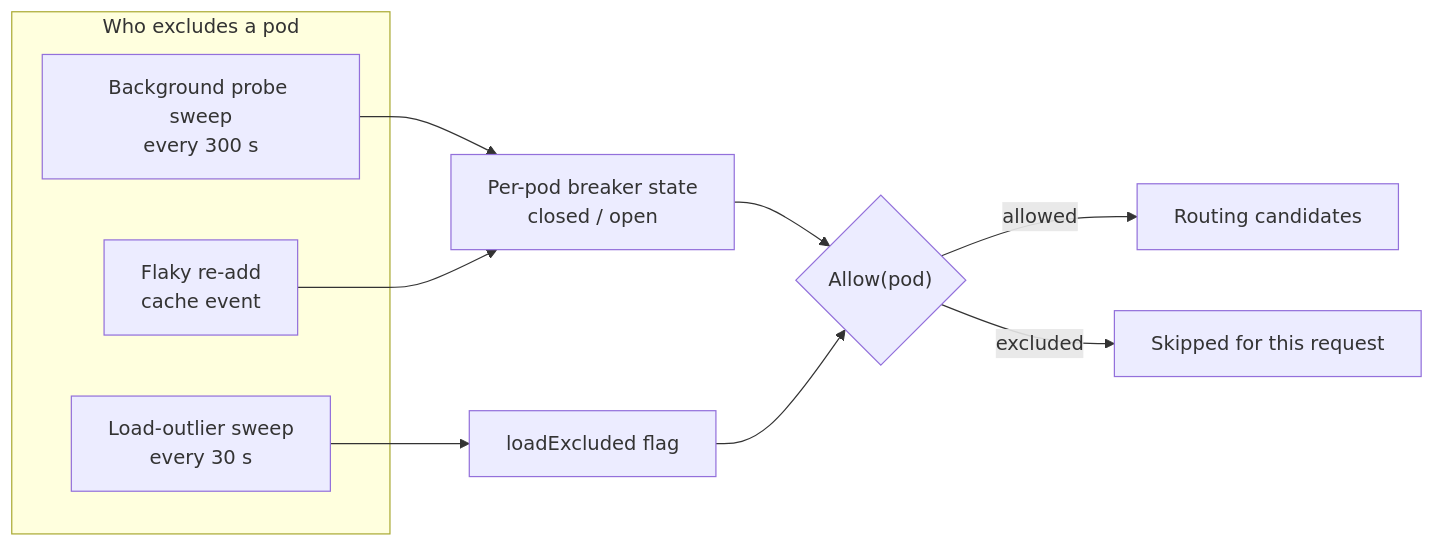
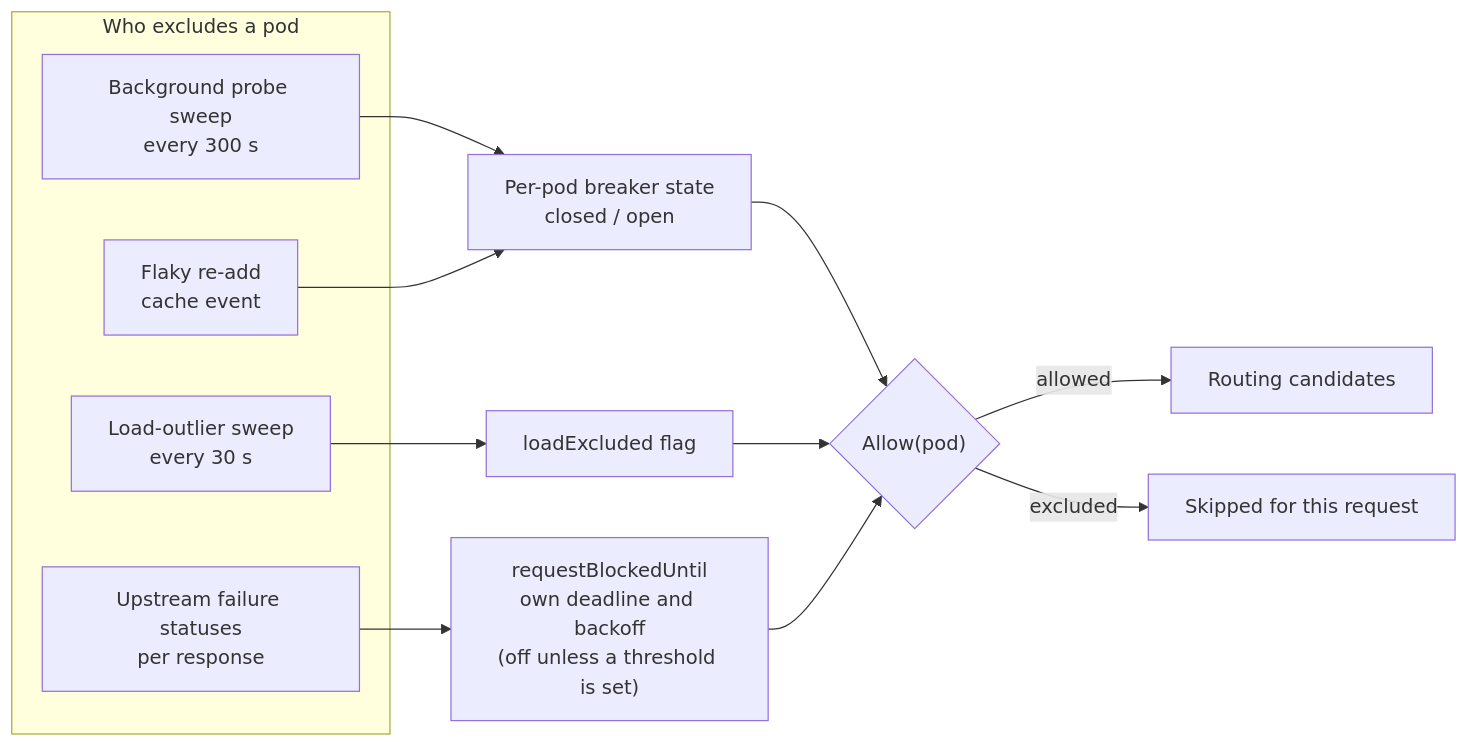
One commit to vllm-project/aibrix changed the first of 4 diagrams in pkg/plugins/gateway/blacklist/README.md. Above: the diagram before and after it, drawn with Mermaid. The commit also changed other lines of this file and 9 other files, not shown here.

Commit message:
[Feat] Block pods on upstream failure statuses in the gateway blacklist (#3495)

````diff
--- a/pkg/plugins/gateway/blacklist/README.md
+++ b/pkg/plugins/gateway/blacklist/README.md
@@ -51,15 +51,18 @@
 ```mermaid
 flowchart LR
     subgraph sources["Who excludes a pod"]
         B["Background probe sweep<br/>every 300 s"]
         D["Flaky re-add<br/>cache event"]
         C["Load-outlier sweep<br/>every 30 s"]
+        E["Upstream failure statuses<br/>per response"]
     end
     B --> S["Per-pod breaker state<br/>closed / open"]
     D --> S
     C --> L["loadExcluded flag"]
+    E --> Q["requestBlockedUntil<br/>own deadline and backoff<br/>(off unless a threshold is set)"]
     S --> G{"Allow(pod)"}
     L --> G
+    Q --> G
     G -->|allowed| R["Routing candidates"]
     G -->|excluded| X["Skipped for this request"]
 ```
````
